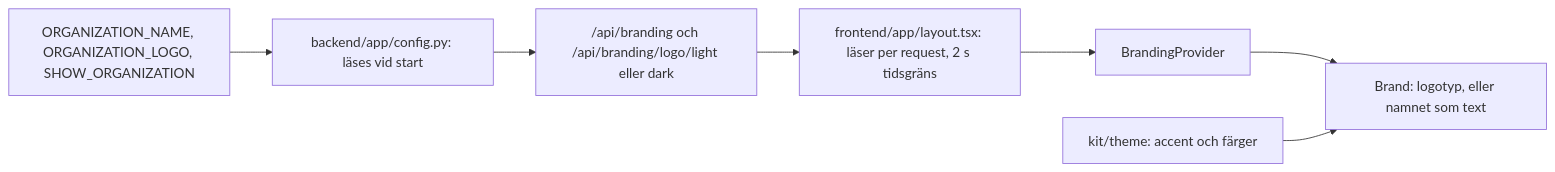
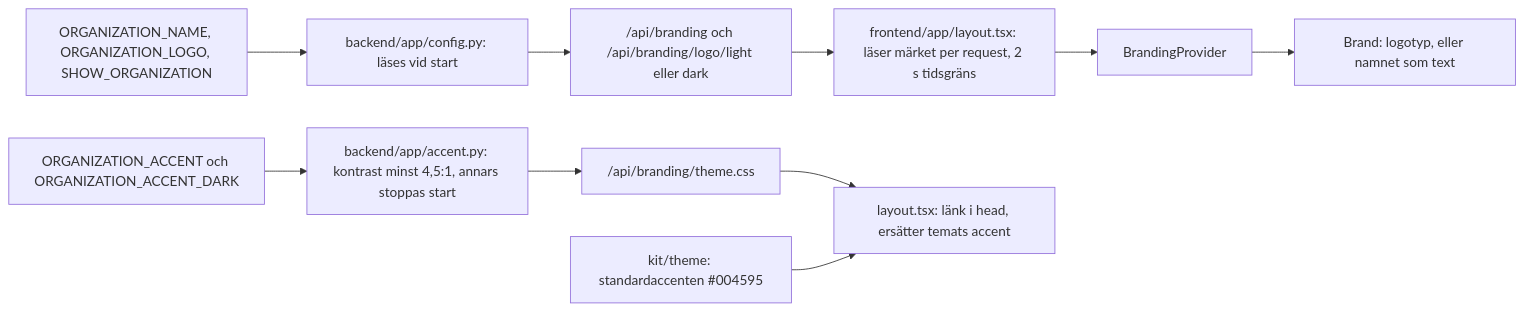
The eighth of 8 diagrams in docs/architecture.md (eneo-ai/eneo-mod-speech-to-text), drawn with Mermaid before and after one commit. The commit also changed other lines of this file and 11 other files, not shown here.

Commit message:
docs: organisation and accent are set per deployment: link docs/branding.md, document ORGANIZATION_ACCENT[_DARK], /api/branding/theme.css and the 4,5:1 decision (0006); body limits stay marked pending

````diff
--- a/docs/architecture.md
+++ b/docs/architecture.md
@@ -178,9 +178,12 @@
 ```mermaid
 flowchart LR
     env["ORGANIZATION_NAME, ORGANIZATION_LOGO, SHOW_ORGANIZATION"] --> cfg["backend/app/config.py: läses vid start"]
+    envA["ORGANIZATION_ACCENT och ORGANIZATION_ACCENT_DARK"] --> acc["backend/app/accent.py: kontrast minst 4,5:1, annars stoppas start"]
     cfg --> api["/api/branding och /api/branding/logo/light eller dark"]
-    api --> layout["frontend/app/layout.tsx: läser per request, 2 s tidsgräns"]
+    acc --> css["/api/branding/theme.css"]
+    api --> layout["frontend/app/layout.tsx: läser märket per request, 2 s tidsgräns"]
     layout --> ctx["BrandingProvider"]
     ctx --> mark["Brand: logotyp, eller namnet som text"]
-    theme["kit/theme: accent och färger"] --> mark
+    css --> head["layout.tsx: länk i head, ersätter temats accent"]
+    theme["kit/theme: standardaccenten #004595"] --> head
 ```
````
